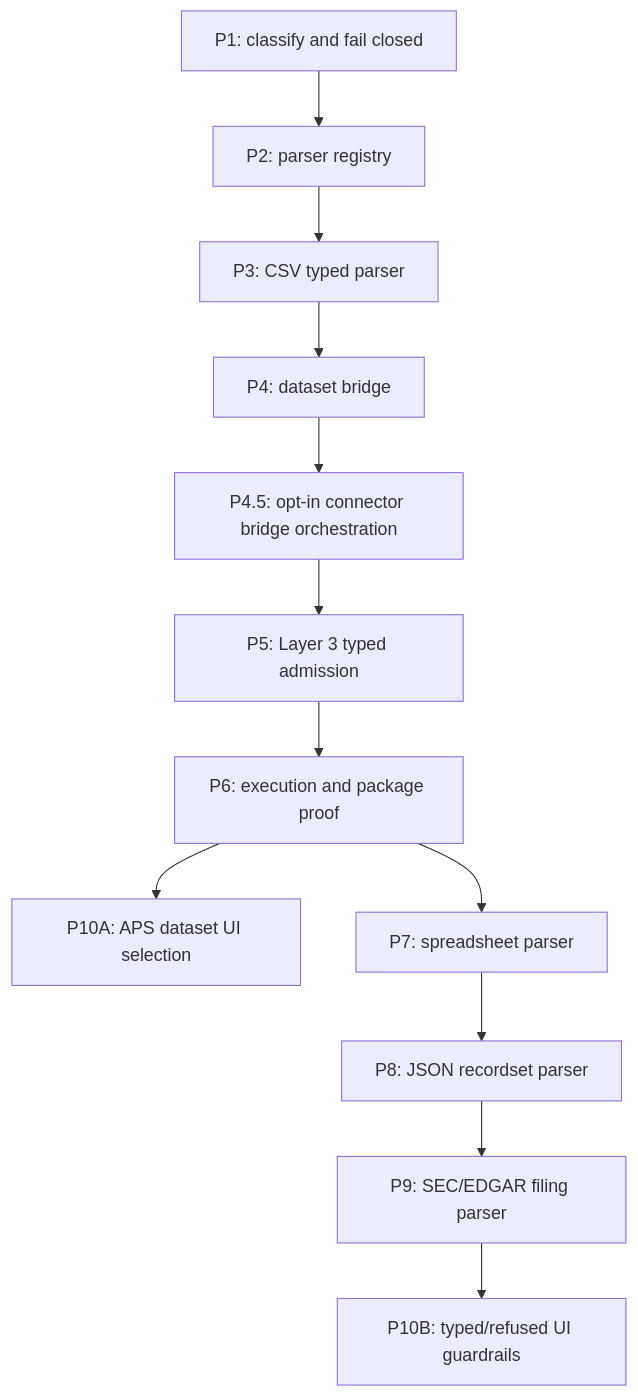
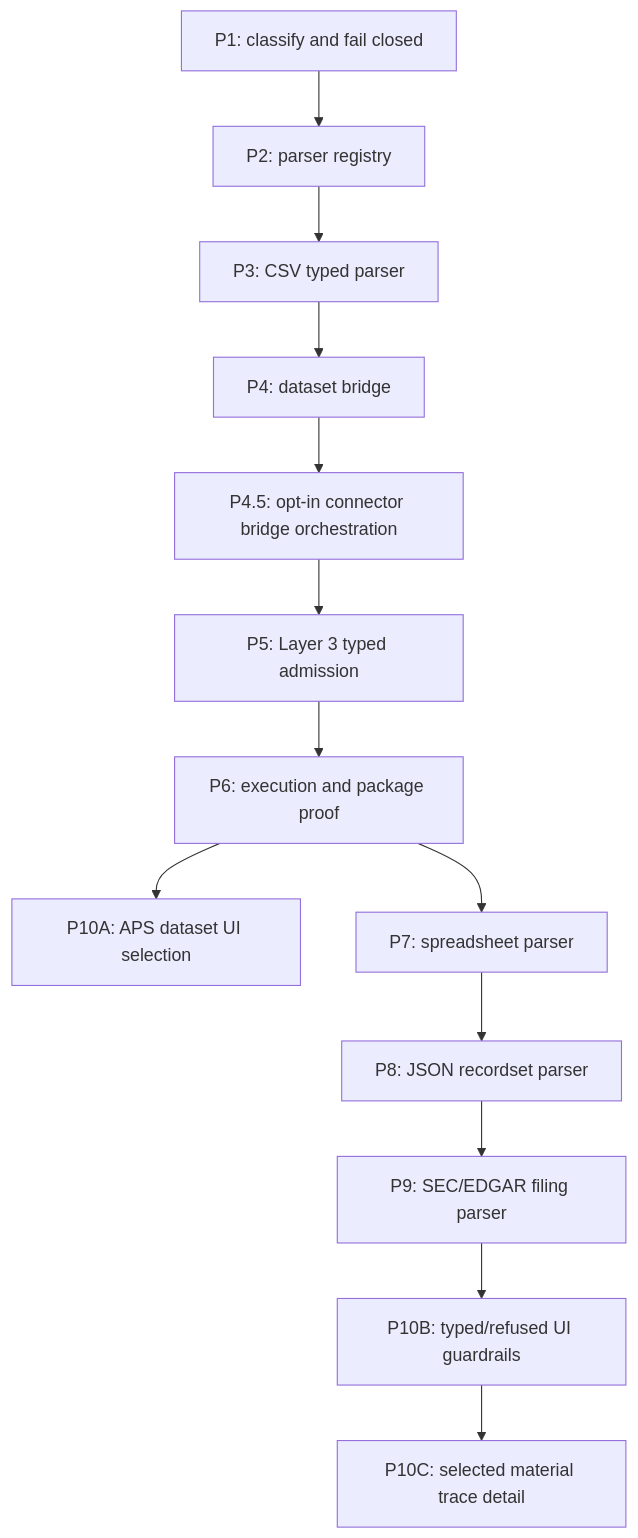
Before and after one commit to benjmcd/project6_REPO_MCP_FOLDER: the diagram in next_milestone_plans/multi-ingest/03-implementation.md, drawn with Mermaid. The commit also changed other lines of this file and 14 other files, not shown here.

Commit message:
Surface selected APS dataset trace detail

````diff
--- a/next_milestone_plans/multi-ingest/03-implementation.md
+++ b/next_milestone_plans/multi-ingest/03-implementation.md
@@ -449,14 +451,15 @@
 ```mermaid
 flowchart TD
     A["P1: classify and fail closed"] --> B["P2: parser registry"]
     B --> C["P3: CSV typed parser"]
     C --> D["P4: dataset bridge"]
     D --> E["P4.5: opt-in connector bridge orchestration"]
     E --> F["P5: Layer 3 typed admission"]
     F --> G["P6: execution and package proof"]
     G --> H["P10A: APS dataset UI selection"]
     G --> I["P7: spreadsheet parser"]
     I --> J["P8: JSON recordset parser"]
     J --> K["P9: SEC/EDGAR filing parser"]
     K --> L["P10B: typed/refused UI guardrails"]
+    L --> M["P10C: selected material trace detail"]
 ```
````
